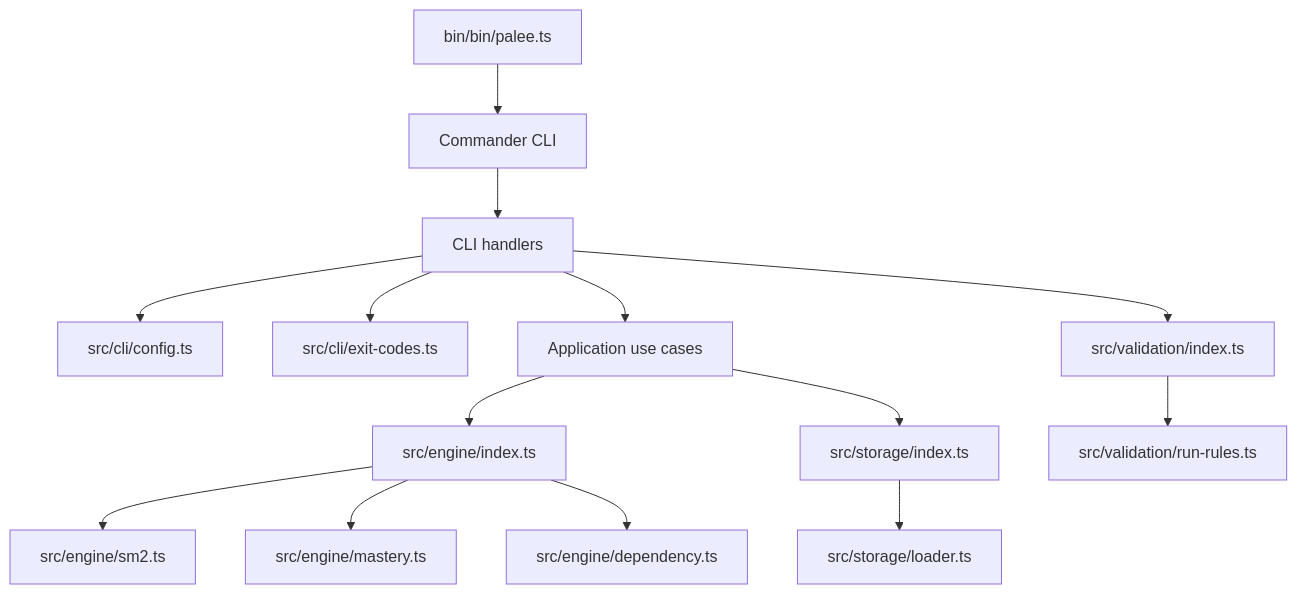
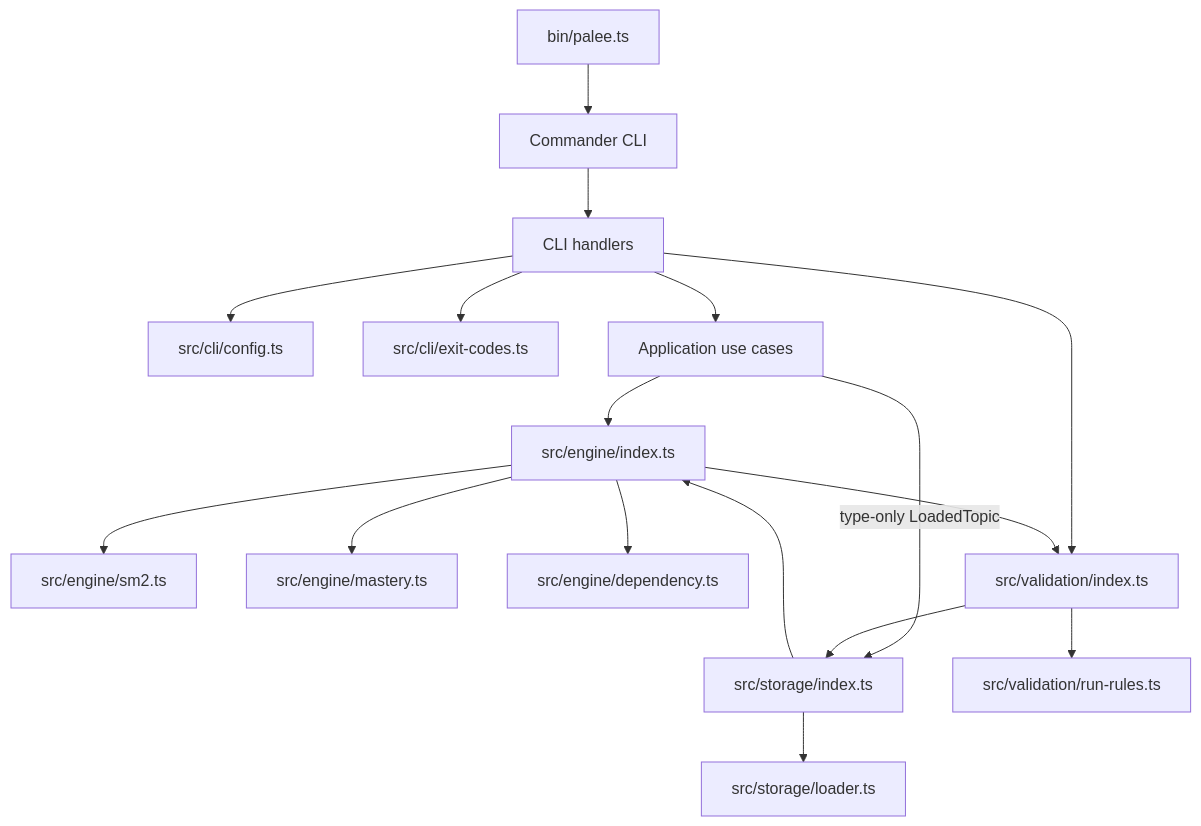
One commit to Kuldeep2822k/palee-architecture changed the tenth of 10 diagrams in Architecture Overview/Layered Architecture Design.md. Above: the diagram before and after it, drawn with Mermaid. The commit also changed other lines of this file and 76 other files, not shown here.

````diff
--- a/Architecture Overview/Layered Architecture Design.md
+++ b/Architecture Overview/Layered Architecture Design.md
@@ -428,16 +331,19 @@
 ```mermaid
 graph TD
-    Bin["bin/bin/palee.ts"] --> Commander["Commander CLI"]
+    Bin["bin/palee.ts"] --> Commander["Commander CLI"]
     Commander --> CLIFiles["CLI handlers"]
     CLIFiles --> AppConfig["src/cli/config.ts"]
     CLIFiles --> ExitCodes["src/cli/exit-codes.ts"]
     CLIFiles --> AppUseCases["Application use cases"]
     AppUseCases --> EngineBarrel["src/engine/index.ts"]
-    AppUseCases --> StorageBarrel["src/storage/index.ts"]
+    AppUseCases -->|type-only LoadedTopic| StorageBarrel["src/storage/index.ts"]
     EngineBarrel --> Sm2["src/engine/sm2.ts"]
     EngineBarrel --> Mastery["src/engine/mastery.ts"]
     EngineBarrel --> Dependency["src/engine/dependency.ts"]
     StorageBarrel --> Loader["src/storage/loader.ts"]
     CLIFiles --> ValidationBarrel["src/validation/index.ts"]
     ValidationBarrel --> RunRules["src/validation/run-rules.ts"]
+    ValidationBarrel --> StorageBarrel
+    StorageBarrel --> EngineBarrel
+    EngineBarrel --> ValidationBarrel
 ```
````
